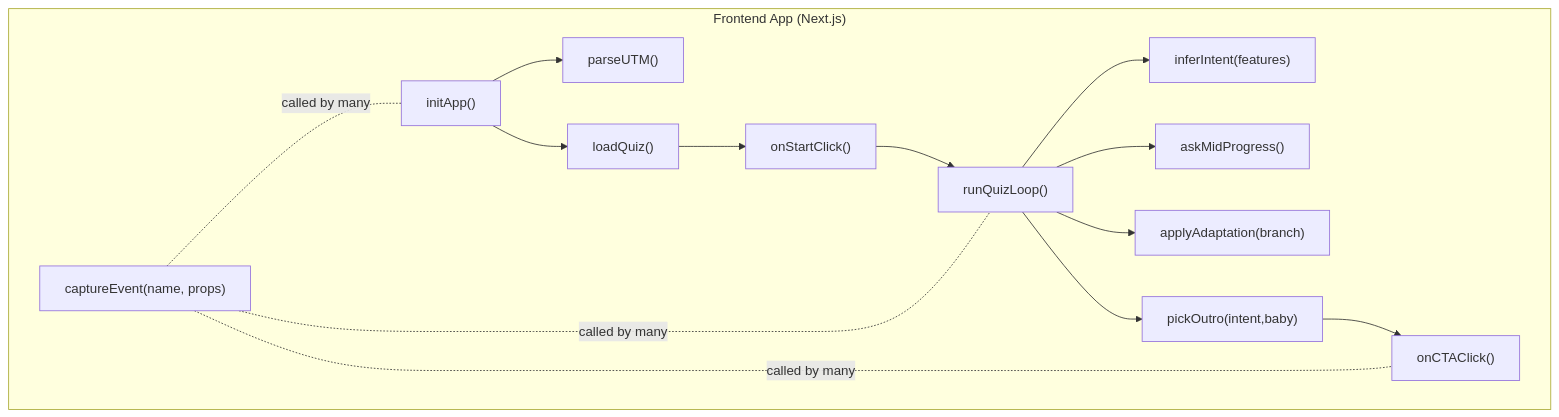
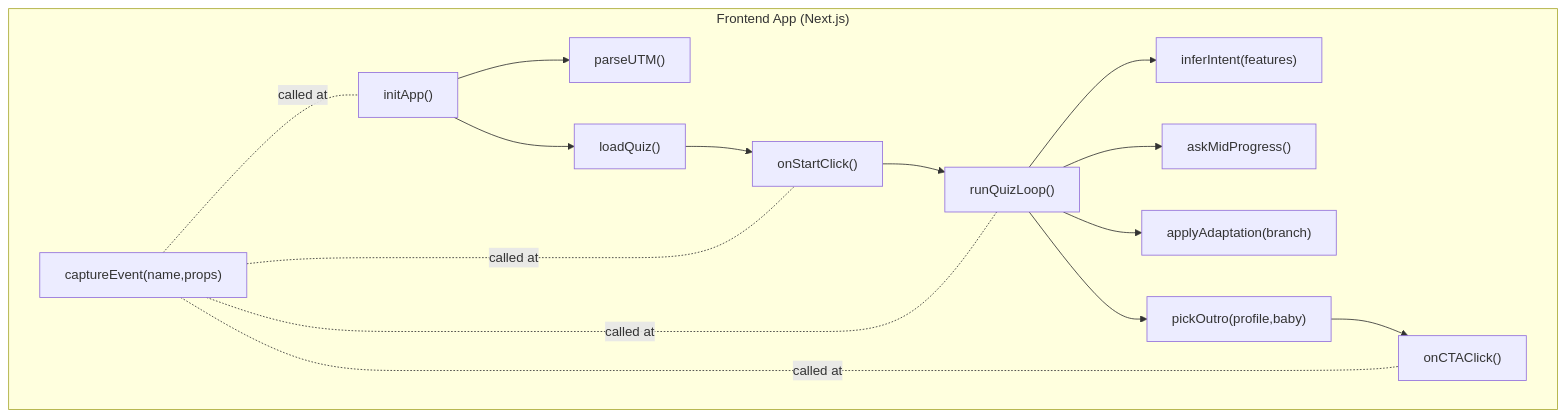
One commit to alexandrafofel/brightfutureahead changed the diagram in content/app-web/architecture/pre-mvp/functions-overview.mmd. Above: the diagram before and after it, drawn with Mermaid.

```diff
--- a/content/app-web/architecture/pre-mvp/functions-overview.mmd
+++ b/content/app-web/architecture/pre-mvp/functions-overview.mmd
@@ -1,27 +1,29 @@
 flowchart TD
   subgraph FE["Frontend App (Next.js)"]
     init["initApp()"]
     loadQ["loadQuiz()"]
     start["onStartClick()"]
-    run["runQuizLoop()"]
+    loop["runQuizLoop()"]
     infer["inferIntent(features)"]
     mid["askMidProgress()"]
     adapt["applyAdaptation(branch)"]
-    outro["pickOutro(intent,baby)"]
+    outro["pickOutro(profile,baby)"]
     cta["onCTAClick()"]
-    cap["captureEvent(name, props)"]
+    cap["captureEvent(name,props)"]
     utm["parseUTM()"]
   end
 
   init --> utm
   init --> loadQ
   loadQ --> start
-  start --> run
-  run --> infer
-  run --> mid
-  run --> adapt
-  run --> outro
+  start --> loop
+  loop --> infer
+  loop --> mid
+  loop --> adapt
+  loop --> outro
   outro --> cta
-  cap -. called by many .- init
-  cap -. called by many .- run
-  cap -. called by many .- cta
+
+  cap -. called at .- init
+  cap -. called at .- start
+  cap -. called at .- loop
+  cap -. called at .- cta
```
